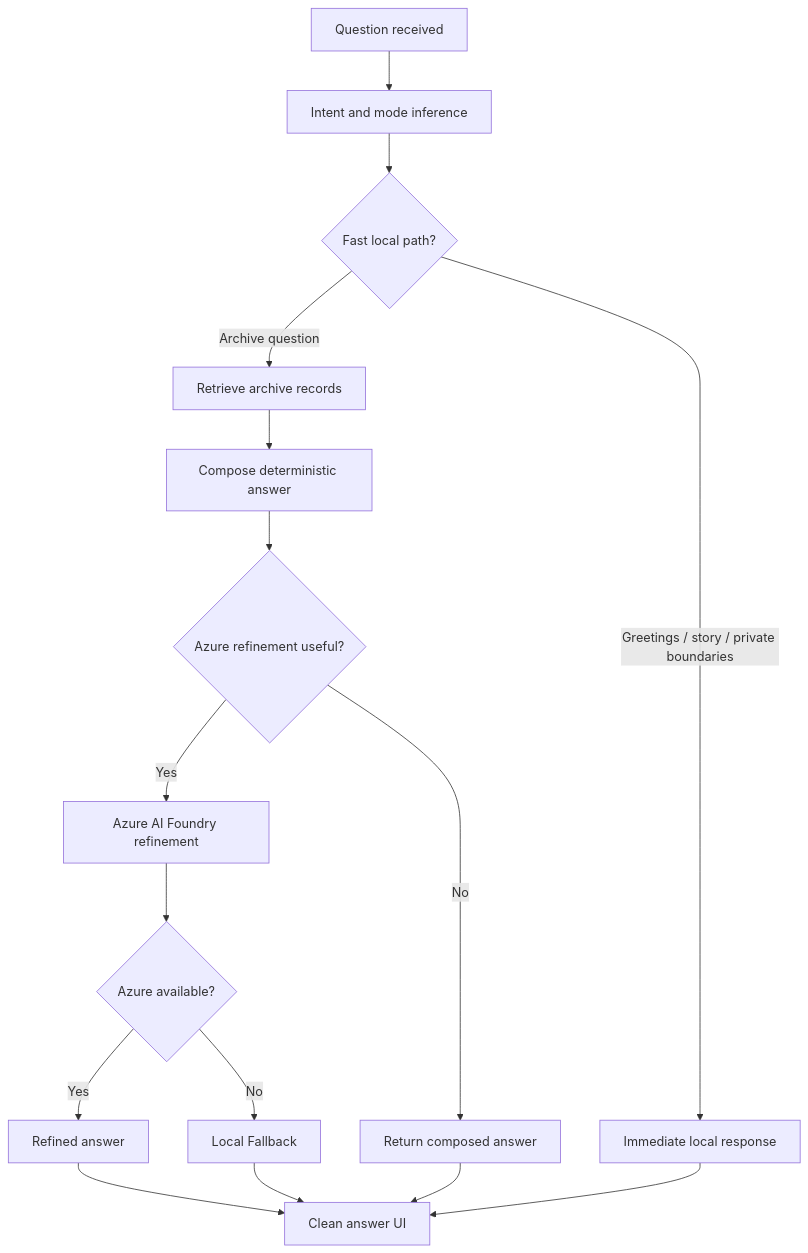
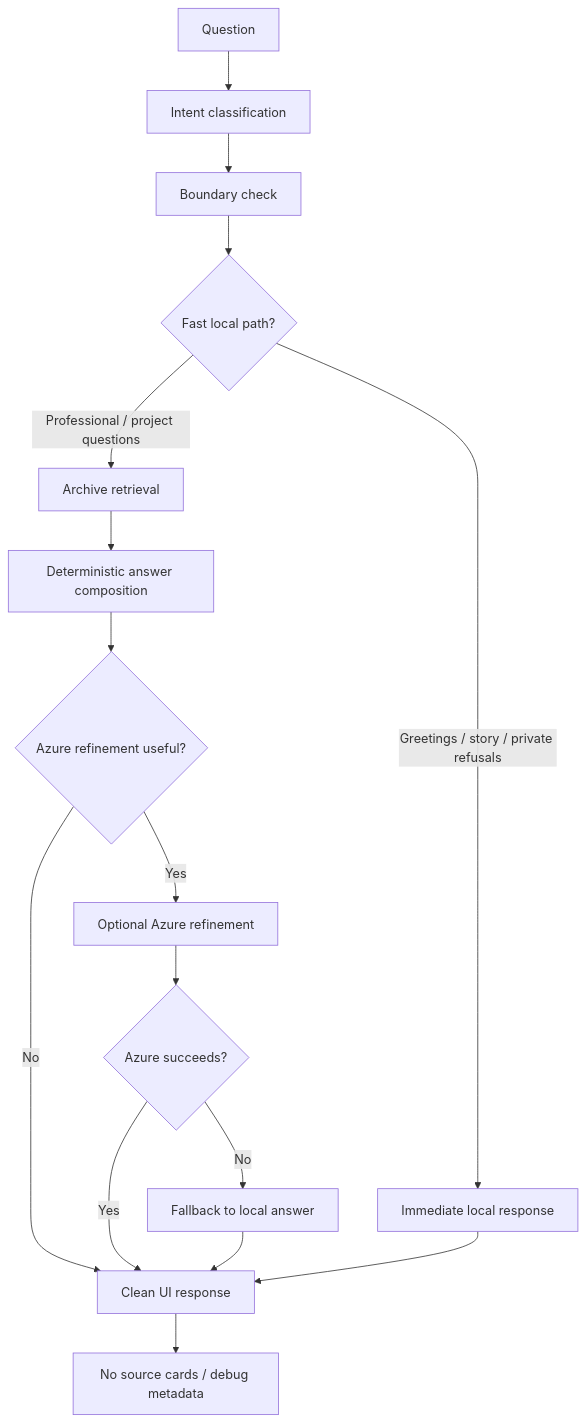
Before and after one commit to RPK2103/the-build-archive-showcase: the second of 5 diagrams in docs/architecture.md, drawn with Mermaid. The commit also changed other lines of this file and 7 other files, not shown here.

````diff
--- a/docs/architecture.md
+++ b/docs/architecture.md
@@ -48,18 +69,18 @@
 ```mermaid
 flowchart TD
-    A[Question received] --> B[Intent and mode inference]
-    B --> C{Fast local path?}
-    C -->|Greetings / story / private boundaries| D[Immediate local response]
-    C -->|Archive question| E[Retrieve archive records]
-    E --> F[Compose deterministic answer]
-    F --> G{Azure refinement useful?}
-    G -->|Yes| H[Azure AI Foundry refinement]
-    G -->|No| I[Return composed answer]
-    H --> J{Azure available?}
-    J -->|Yes| K[Refined answer]
-    J -->|No| L[Local Fallback]
-    K --> M[Clean answer UI]
-    L --> M
-    I --> M
-    D --> M
+  Q[Question] --> I[Intent classification]
+  I --> B[Boundary check]
+  B --> F{Fast local path?}
+  F -->|Greetings / story / private refusals| L[Immediate local response]
+  F -->|Professional / project questions| R[Archive retrieval]
+  R --> C[Deterministic answer composition]
+  C --> A{Azure refinement useful?}
+  A -->|Yes| AZ[Optional Azure refinement]
+  A -->|No| U[Clean UI response]
+  AZ --> OK{Azure succeeds?}
+  OK -->|Yes| U
+  OK -->|No| FB[Fallback to local answer]
+  FB --> U
+  L --> U
+  U --> X[No source cards / debug metadata]
 ```
````
